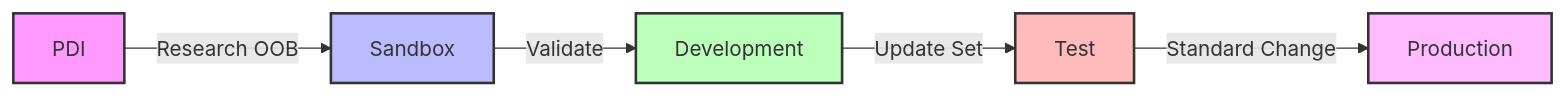
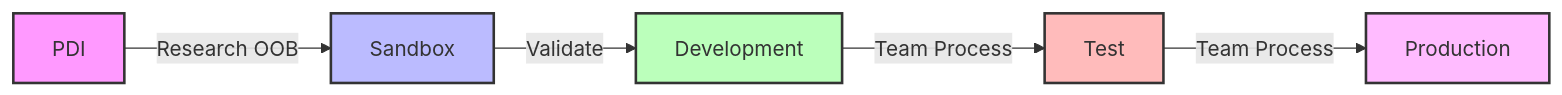
One commit to markmillr/cursor-memory-servicenow changed the second of 2 diagrams in README.md. Above: the diagram before and after it, drawn with Mermaid. The commit also changed other lines of this file, not shown here.

````diff
--- a/README.md
+++ b/README.md
@@ -54,13 +54,13 @@
 ```mermaid
 graph LR
     PDI[PDI] -->|Research OOB| SB[Sandbox]
     SB -->|Validate| DEV[Development]
-    DEV -->|Update Set| TEST[Test]
-    TEST -->|Standard Change| PROD[Production]
+    DEV -->|Team Process| TEST[Test]
+    TEST -->|Team Process| PROD[Production]
     
     style PDI fill:#f9f,stroke:#333,stroke-width:2px
     style SB fill:#bbf,stroke:#333,stroke-width:2px
     style DEV fill:#bfb,stroke:#333,stroke-width:2px
     style TEST fill:#fbb,stroke:#333,stroke-width:2px
     style PROD fill:#fbf,stroke:#333,stroke-width:2px
 ```
````
